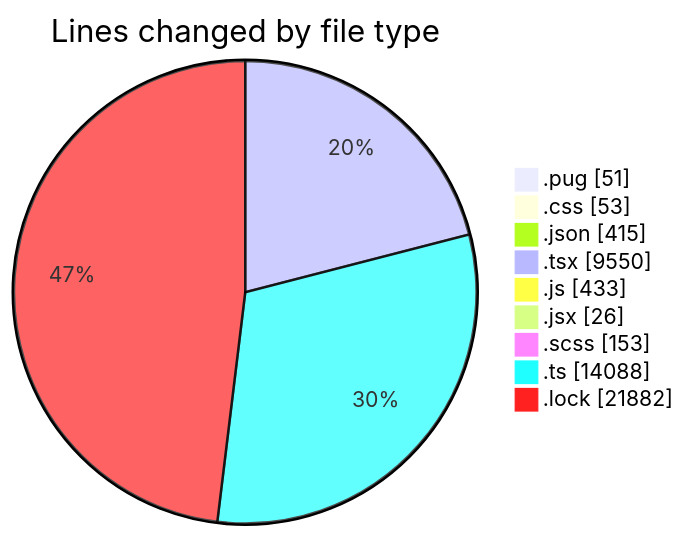
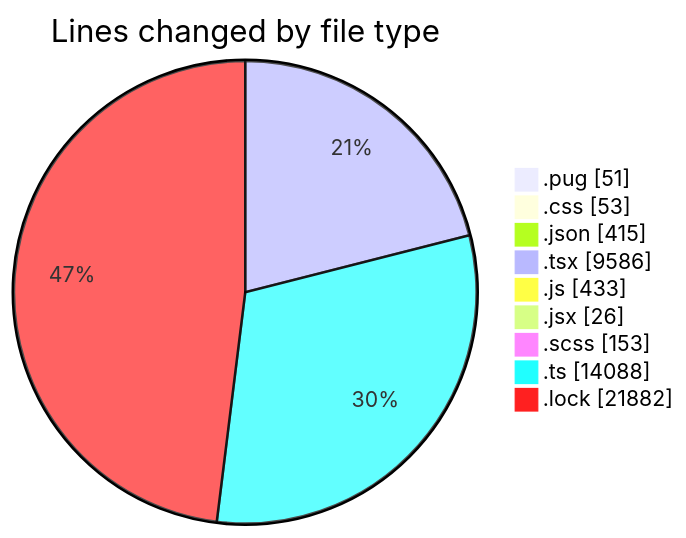
One commit to momahboobian/code-tracking changed the first of 2 diagrams in 2025-11-06/cda/README.md. Above: the diagram before and after it, drawn with Mermaid. The commit also changed other lines of this file and 1 other file, not shown here.

````diff
--- a/2025-11-06/cda/README.md
+++ b/2025-11-06/cda/README.md
@@ -51,13 +51,13 @@
 ```mermaid
 pie showData
 title Lines changed by file type
 ".pug" : 51
 ".css" : 53
 ".json" : 415
-".tsx" : 9550
+".tsx" : 9586
 ".js" : 433
 ".jsx" : 26
 ".scss" : 153
 ".ts" : 14088
 ".lock" : 21882
 ```
````
